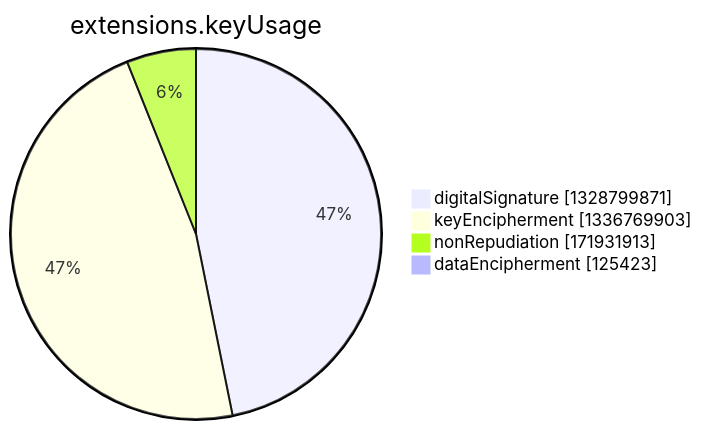
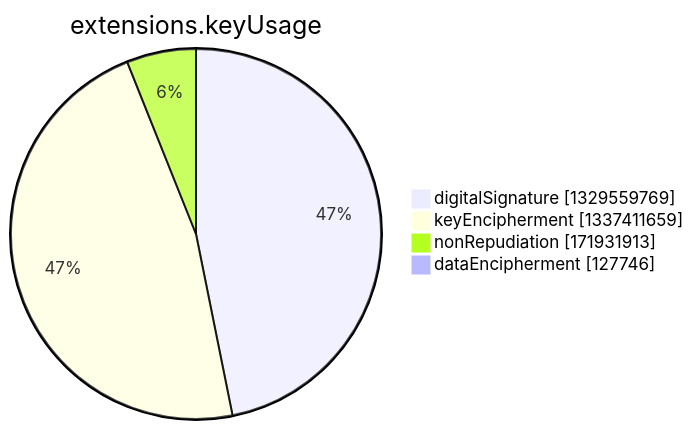
The seventh of 15 diagrams in argon2022/README.md (christiankrug/ctmonitor_visualization), drawn with Mermaid before and after one commit. The commit also changed other lines of this file, not shown here.

````diff
--- a/argon2022/README.md
+++ b/argon2022/README.md
@@ -2750,8 +2750,8 @@
 ```mermaid
 pie showData
 title extensions.keyUsage
-"digitalSignature" :1328799871
-"keyEncipherment" :1336769903
+"digitalSignature" :1329559769
+"keyEncipherment" :1337411659
 "nonRepudiation" :171931913
-"dataEncipherment" :125423
+"dataEncipherment" :127746
 ```
````
